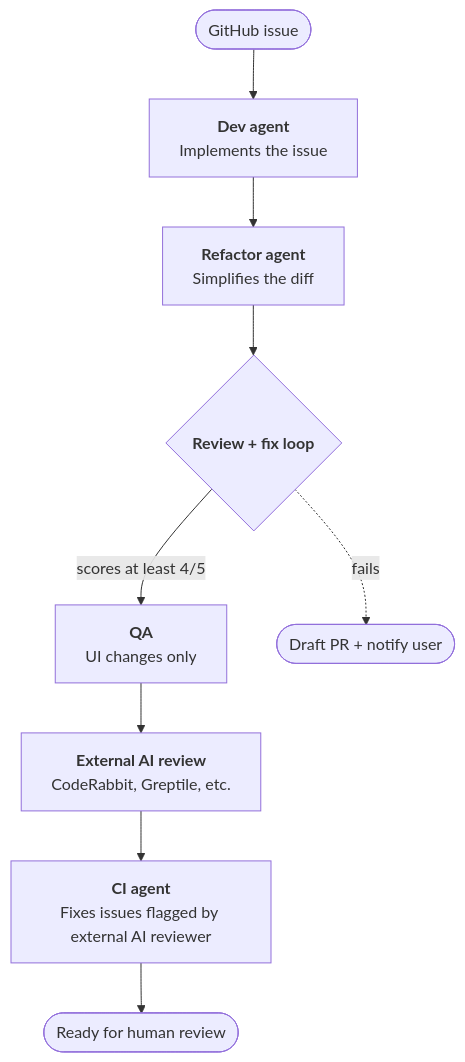
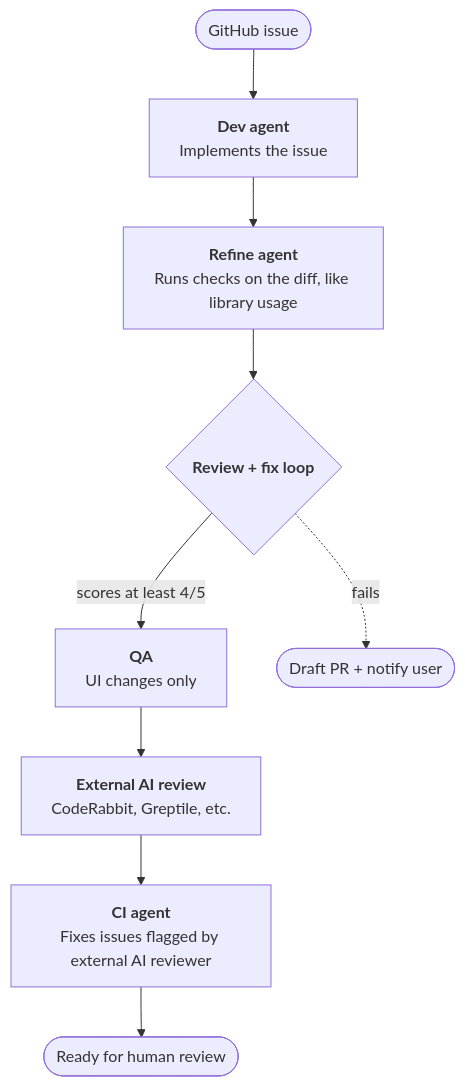
One commit to tyler-mcdonald/skills changed the diagram in README.md. Above: the diagram before and after it, drawn with Mermaid. The commit also changed 5 other files, not shown here.

First line of the commit message:
feat(orchestrator): replace simplify with refine-diff (#161)

````diff
--- a/README.md
+++ b/README.md
@@ -11,16 +11,16 @@
 ```mermaid
 flowchart TD
     A([GitHub issue]) --> B["`**Dev agent**
 Implements the issue`"]
-    B --> C["`**Refactor agent**
-Simplifies the diff`"]
+    B --> C["`**Refine agent**
+Runs checks on the diff, like library usage`"]
     C --> D{"`**Review + fix loop**`"}
     D -->|scores at least 4/5| E["`**QA**
 UI changes only`"]
     D -.->|fails| X([Draft PR + notify user])
     E --> F["`**External AI review**
 CodeRabbit, Greptile, etc.`"]
     F --> G["`**CI agent**
 Fixes issues flagged by external AI reviewer`"]
     G --> H([Ready for human review])
 ```
````
